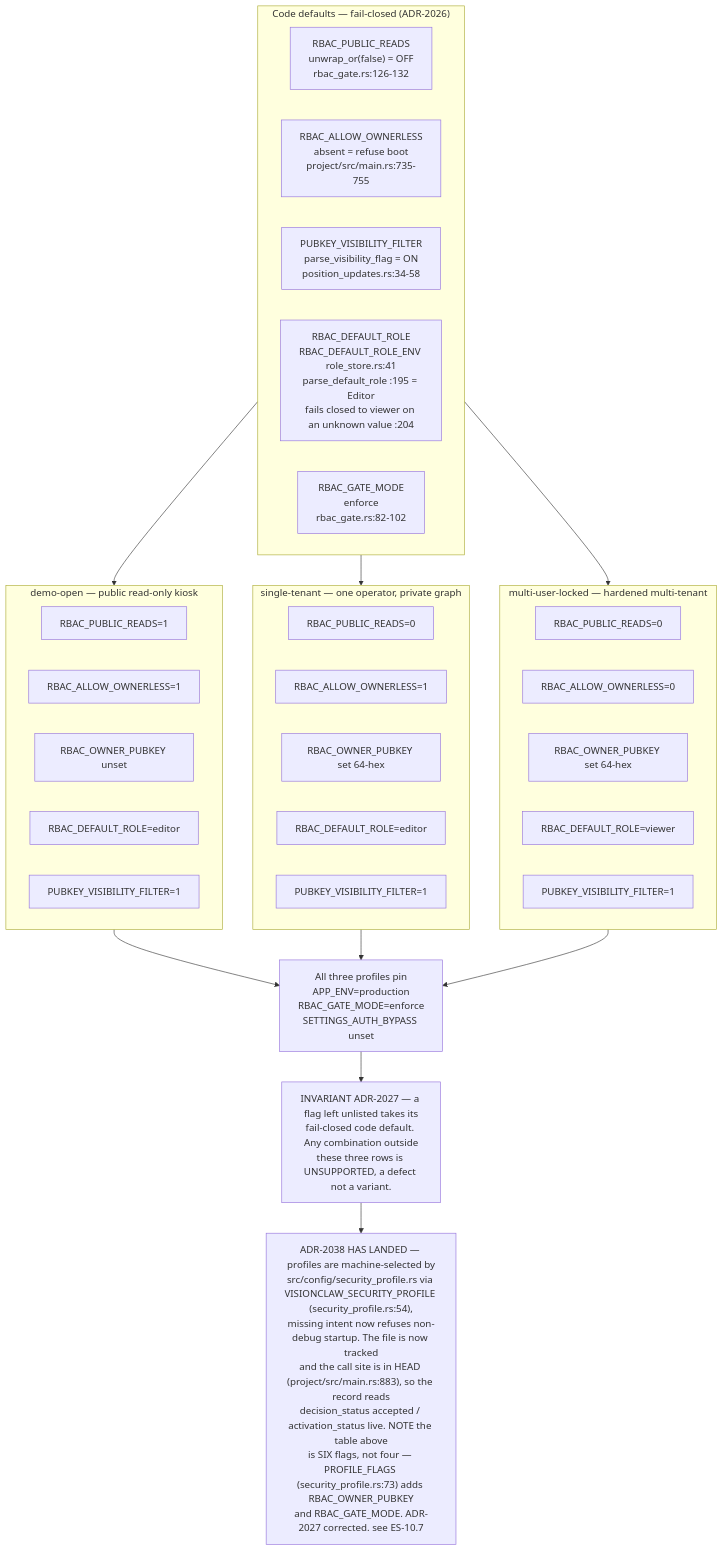
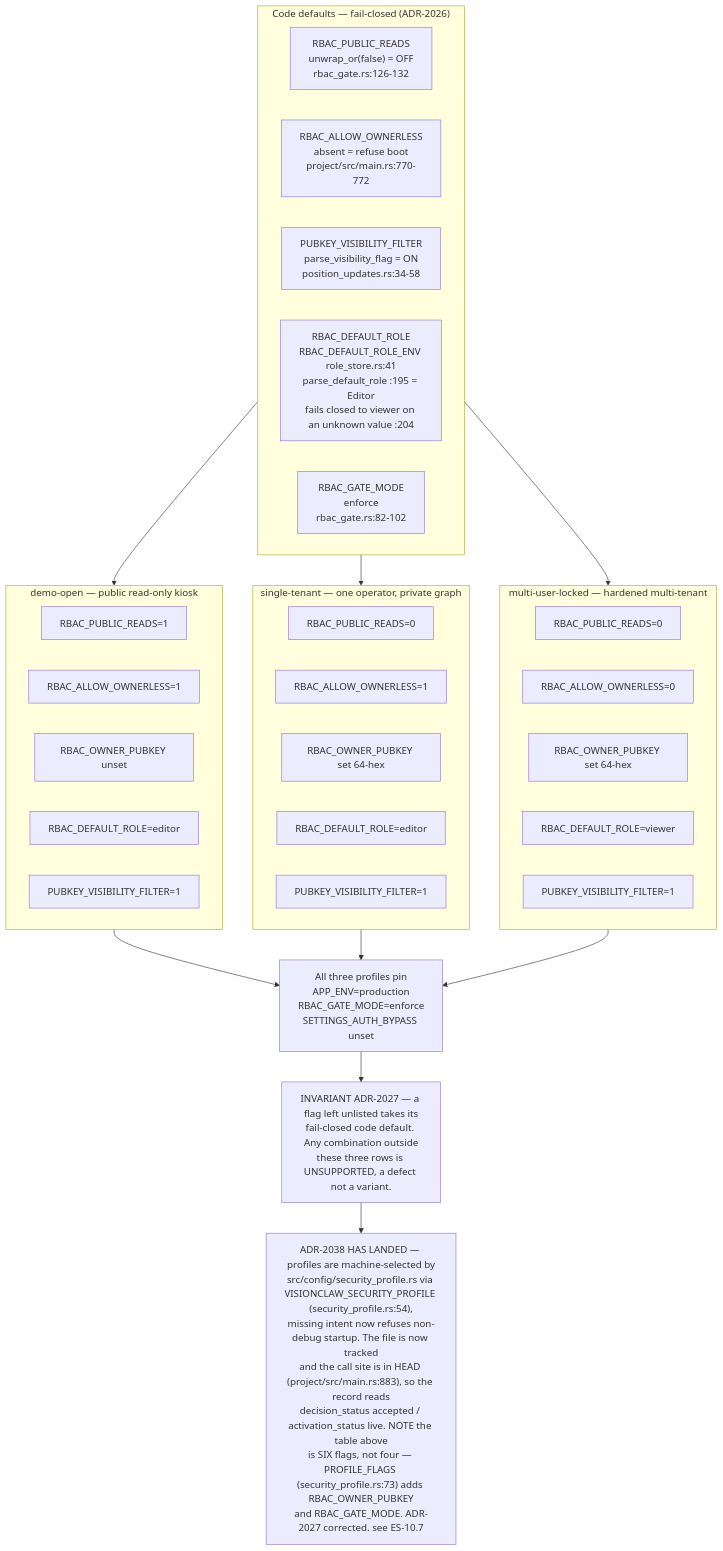
One commit to DreamLab-AI/VisionFlow changed the first of 11 diagrams in docs/diagrams/estate/10-deployment-and-security-profiles.md. Above: the diagram before and after it, drawn with Mermaid. The commit also changed other lines of this file and 12 other files, not shown here.

````diff
--- a/docs/diagrams/estate/10-deployment-and-security-profiles.md
+++ b/docs/diagrams/estate/10-deployment-and-security-profiles.md
@@ -38,43 +41,43 @@
 ```mermaid
 flowchart TB
     subgraph code["Code defaults — fail-closed (ADR-2026)"]
         CD1["RBAC_PUBLIC_READS<br/>unwrap_or(false) = OFF<br/>rbac_gate.rs:126-132"]
-        CD2["RBAC_ALLOW_OWNERLESS<br/>absent = refuse boot<br/>project/src/main.rs:735-755"]
+        CD2["RBAC_ALLOW_OWNERLESS<br/>absent = refuse boot<br/>project/src/main.rs:770-772"]
         CD3["PUBKEY_VISIBILITY_FILTER<br/>parse_visibility_flag = ON<br/>position_updates.rs:34-58"]
         CD4["RBAC_DEFAULT_ROLE<br/>RBAC_DEFAULT_ROLE_ENV role_store.rs:41<br/>parse_default_role :195 = Editor<br/>fails closed to viewer on an unknown value :204"]
         CD5["RBAC_GATE_MODE<br/>enforce<br/>rbac_gate.rs:82-102"]
     end
     subgraph demo["demo-open — public read-only kiosk"]
         D1["RBAC_PUBLIC_READS=1"]
         D2["RBAC_ALLOW_OWNERLESS=1"]
         D3["RBAC_OWNER_PUBKEY unset"]
         D4["RBAC_DEFAULT_ROLE=editor"]
         D5["PUBKEY_VISIBILITY_FILTER=1"]
     end
     subgraph single["single-tenant — one operator, private graph"]
         S1["RBAC_PUBLIC_READS=0"]
         S2["RBAC_ALLOW_OWNERLESS=1"]
         S3["RBAC_OWNER_PUBKEY set 64-hex"]
         S4["RBAC_DEFAULT_ROLE=editor"]
         S5["PUBKEY_VISIBILITY_FILTER=1"]
     end
     subgraph locked["multi-user-locked — hardened multi-tenant"]
         L1["RBAC_PUBLIC_READS=0"]
         L2["RBAC_ALLOW_OWNERLESS=0"]
         L3["RBAC_OWNER_PUBKEY set 64-hex"]
         L4["RBAC_DEFAULT_ROLE=viewer"]
         L5["PUBKEY_VISIBILITY_FILTER=1"]
     end
     ALL["All three profiles pin<br/>APP_ENV=production<br/>RBAC_GATE_MODE=enforce<br/>SETTINGS_AUTH_BYPASS unset"]
     INV["INVARIANT ADR-2027 — a flag left unlisted takes its<br/>fail-closed code default. Any combination outside<br/>these three rows is UNSUPPORTED, a defect not a variant."]
     DRIFT["ADR-2038 HAS LANDED — profiles are machine-selected by<br/>src/config/security_profile.rs via VISIONCLAW_SECURITY_PROFILE (security_profile.rs:54),<br/>missing intent now refuses non-debug startup. The file is now tracked<br/>and the call site is in HEAD (project/src/main.rs:883), so the record reads<br/>decision_status accepted / activation_status live. NOTE the table above<br/>is SIX flags, not four — PROFILE_FLAGS (security_profile.rs:73) adds RBAC_OWNER_PUBKEY<br/>and RBAC_GATE_MODE. ADR-2027 corrected. see ES-10.7"]
 
     code --> demo
     code --> single
     code --> locked
     demo --> ALL
     single --> ALL
     locked --> ALL
     ALL --> INV
     INV --> DRIFT
 ```
````
